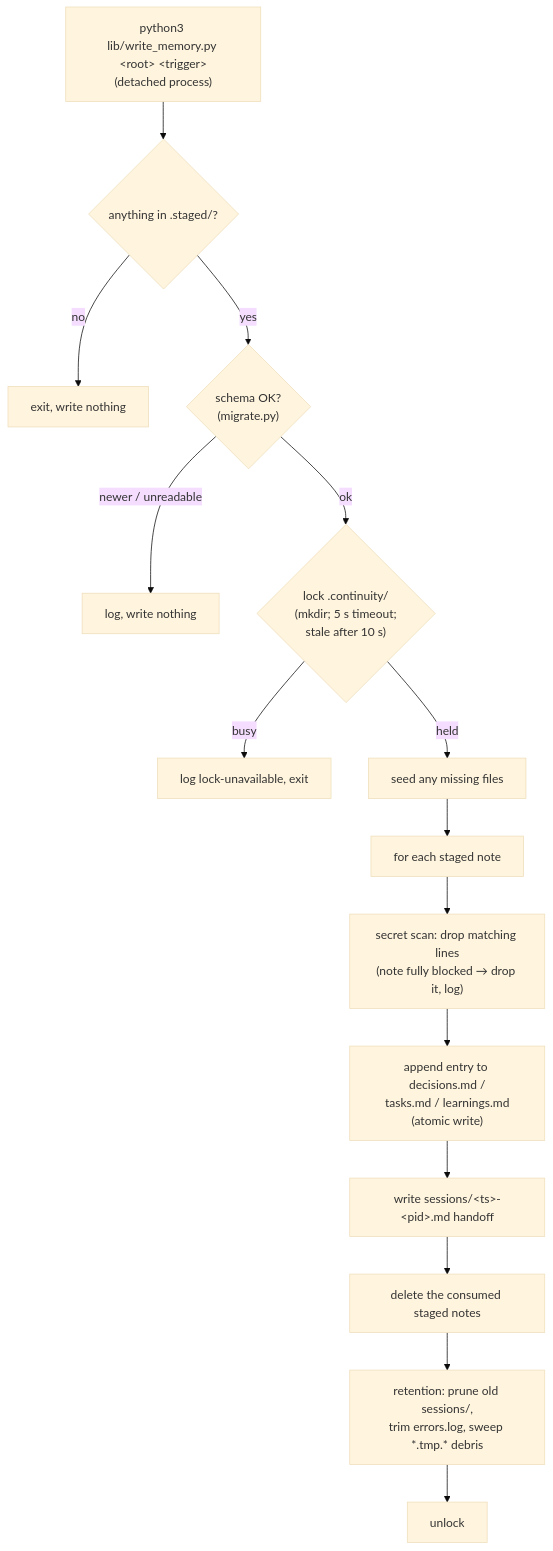
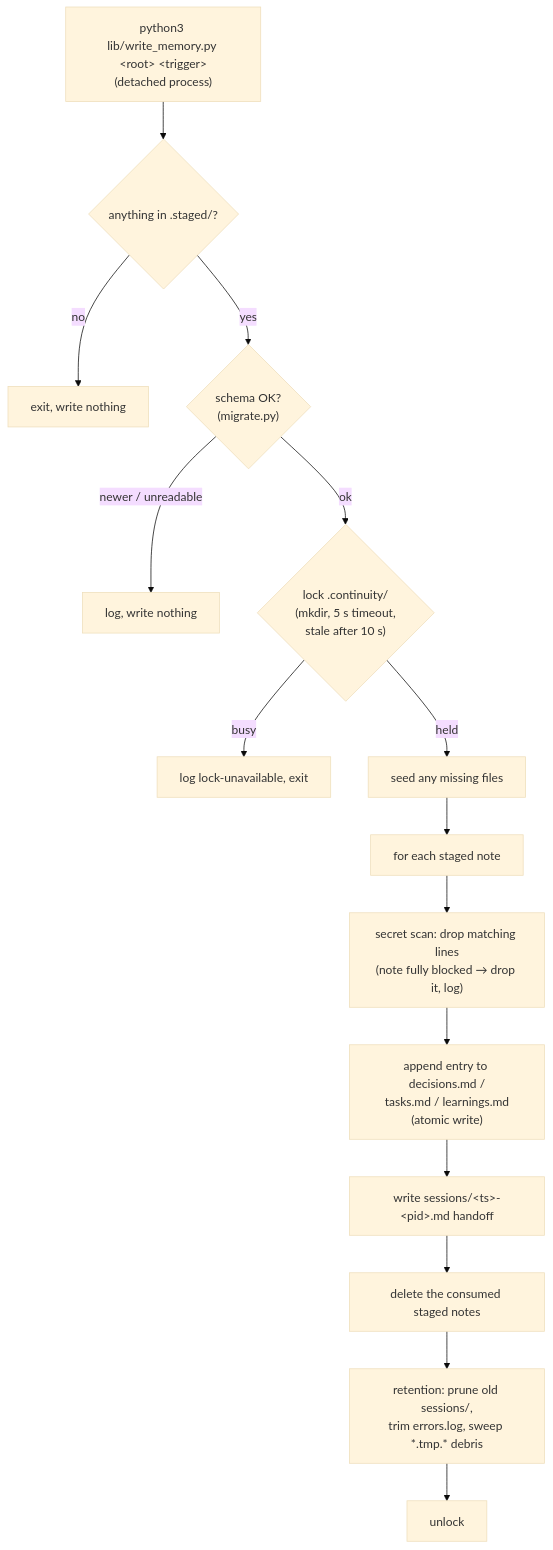
Before and after one commit to navjyotnishant/continuity: the fourth of 5 diagrams in docs/architecture.md, drawn with Mermaid (base theme). The commit also changed other lines of this file, not shown here.

Commit message:
docs: fix Mermaid parse error in architecture.md
Mermaid ends a statement at ';', so 'seed store if missing; check schema'
broke the sequence diagram on GitHub. Semicolons in diagram text are
replaced, and raw <placeholders> use Mermaid's #lt;/#gt; codes. All five
blocks now render with @mermaid-js/mermaid-cli 11, which also reproduces
the original error on the old text.

````diff
--- a/docs/architecture.md
+++ b/docs/architecture.md
@@ -187,17 +187,17 @@
 ```mermaid
 flowchart TD
-    START["python3 lib/write_memory.py &lt;root&gt; &lt;trigger&gt;<br/>(detached process)"] --> ST{"anything in .staged/?"}
+    START["python3 lib/write_memory.py #lt;root#gt; #lt;trigger#gt;<br/>(detached process)"] --> ST{"anything in .staged/?"}
     ST -- no --> DONE0["exit, write nothing"]
     ST -- yes --> MG{"schema OK?<br/>(migrate.py)"}
     MG -- "newer / unreadable" --> DONE1["log, write nothing"]
-    MG -- ok --> LK{"lock .continuity/<br/>(mkdir; 5 s timeout;<br/>stale after 10 s)"}
+    MG -- ok --> LK{"lock .continuity/<br/>(mkdir, 5 s timeout,<br/>stale after 10 s)"}
     LK -- busy --> DONE2["log lock-unavailable, exit"]
     LK -- held --> SEED["seed any missing files"]
     SEED --> EACH["for each staged note"]
     EACH --> SC["secret scan: drop matching lines<br/>(note fully blocked → drop it, log)"]
     SC --> APP["append entry to decisions.md /<br/>tasks.md / learnings.md<br/>(atomic write)"]
-    APP --> HO["write sessions/&lt;ts&gt;-&lt;pid&gt;.md handoff"]
+    APP --> HO["write sessions/#lt;ts#gt;-#lt;pid#gt;.md handoff"]
     HO --> RM["delete the consumed staged notes"]
     RM --> PR["retention: prune old sessions/,<br/>trim errors.log, sweep *.tmp.* debris"]
     PR --> UL["unlock"]
 ```
````
